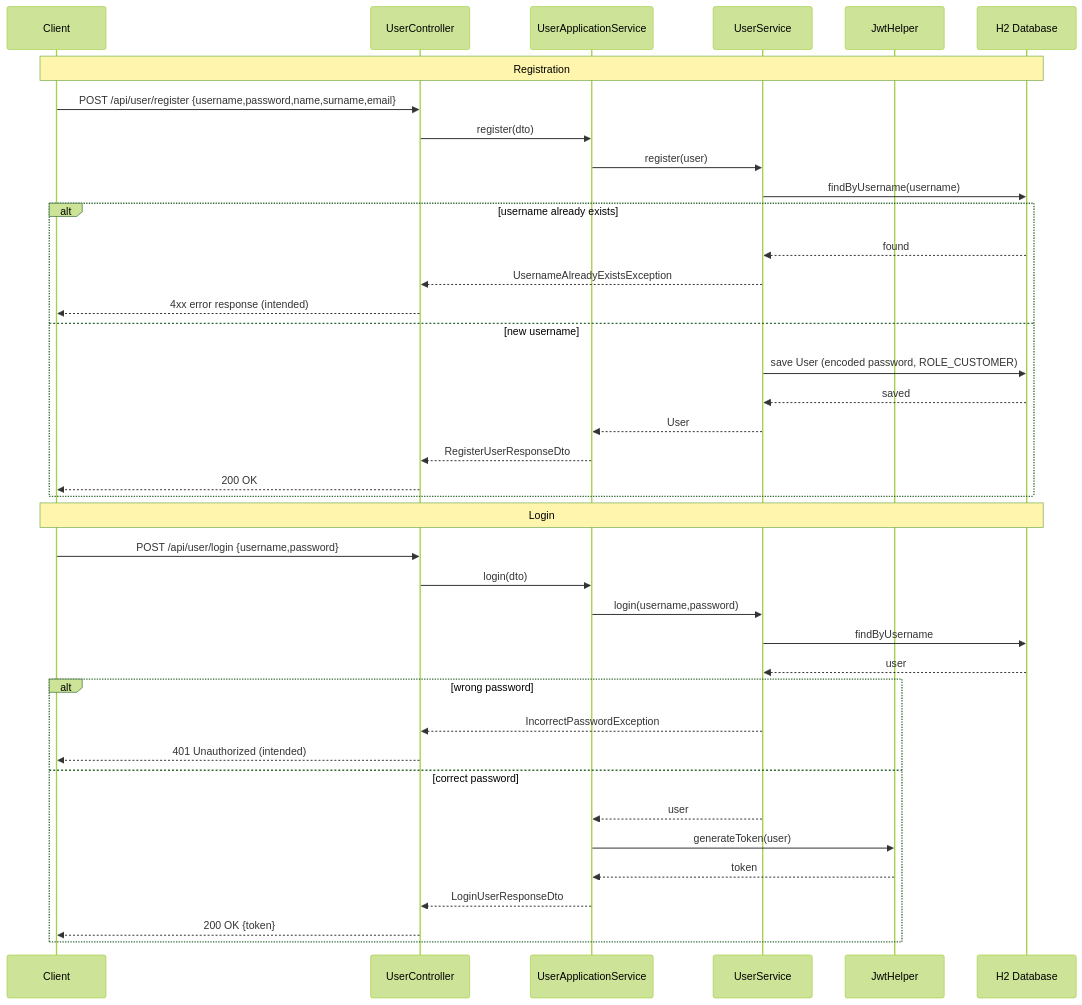
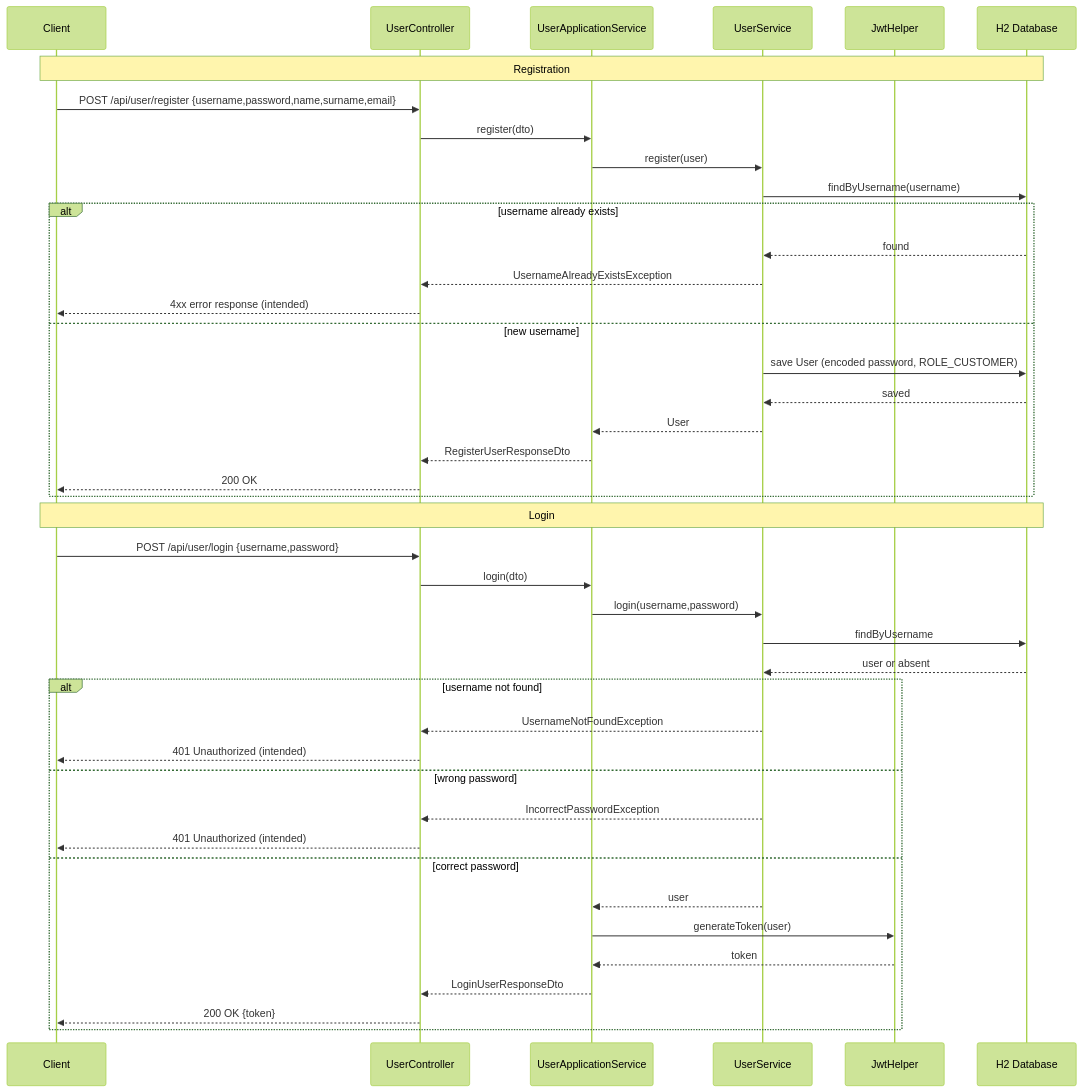
One commit to Wisee24/food-delivery-app changed the third of 6 diagrams in food-delivery-backend/docs/SRS.md. Above: the diagram before and after it, drawn with Mermaid (forest theme). The commit also changed other lines of this file and 14 other files, not shown here.

````diff
--- a/food-delivery-backend/docs/SRS.md
+++ b/food-delivery-backend/docs/SRS.md
@@ -351,43 +379,46 @@
 ```mermaid
 sequenceDiagram
     participant C as Client
     participant API as UserController
     participant AS as UserApplicationService
     participant S as UserService
     participant JWT as JwtHelper
     participant DB as H2 Database
 
     Note over C,DB: Registration
     C->>API: POST /api/user/register {username,password,name,surname,email}
     API->>AS: register(dto)
     AS->>S: register(user)
     S->>DB: findByUsername(username)
     alt username already exists
         DB-->>S: found
         S-->>API: UsernameAlreadyExistsException
         API-->>C: 4xx error response (intended)
     else new username
         S->>DB: save User (encoded password, ROLE_CUSTOMER)
         DB-->>S: saved
         S-->>AS: User
         AS-->>API: RegisterUserResponseDto
         API-->>C: 200 OK
     end
 
     Note over C,DB: Login
     C->>API: POST /api/user/login {username,password}
     API->>AS: login(dto)
     AS->>S: login(username,password)
     S->>DB: findByUsername
-    DB-->>S: user
-    alt wrong password
+    DB-->>S: user or absent
+    alt username not found
+        S-->>API: UsernameNotFoundException
+        API-->>C: 401 Unauthorized (intended)
+    else wrong password
         S-->>API: IncorrectPasswordException
         API-->>C: 401 Unauthorized (intended)
     else correct password
         S-->>AS: user
         AS->>JWT: generateToken(user)
         JWT-->>AS: token
         AS-->>API: LoginUserResponseDto
         API-->>C: 200 OK {token}
     end
 ```
````
